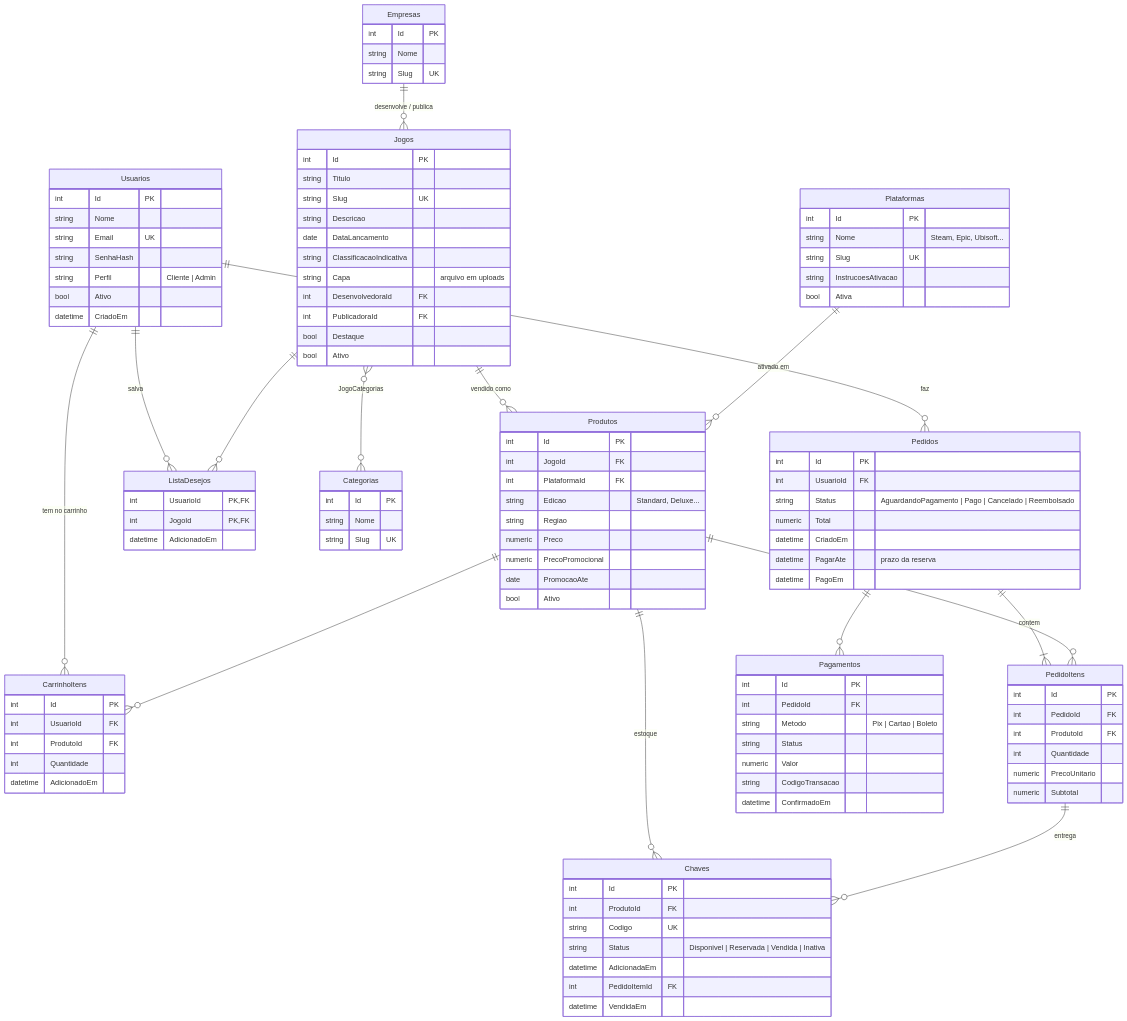
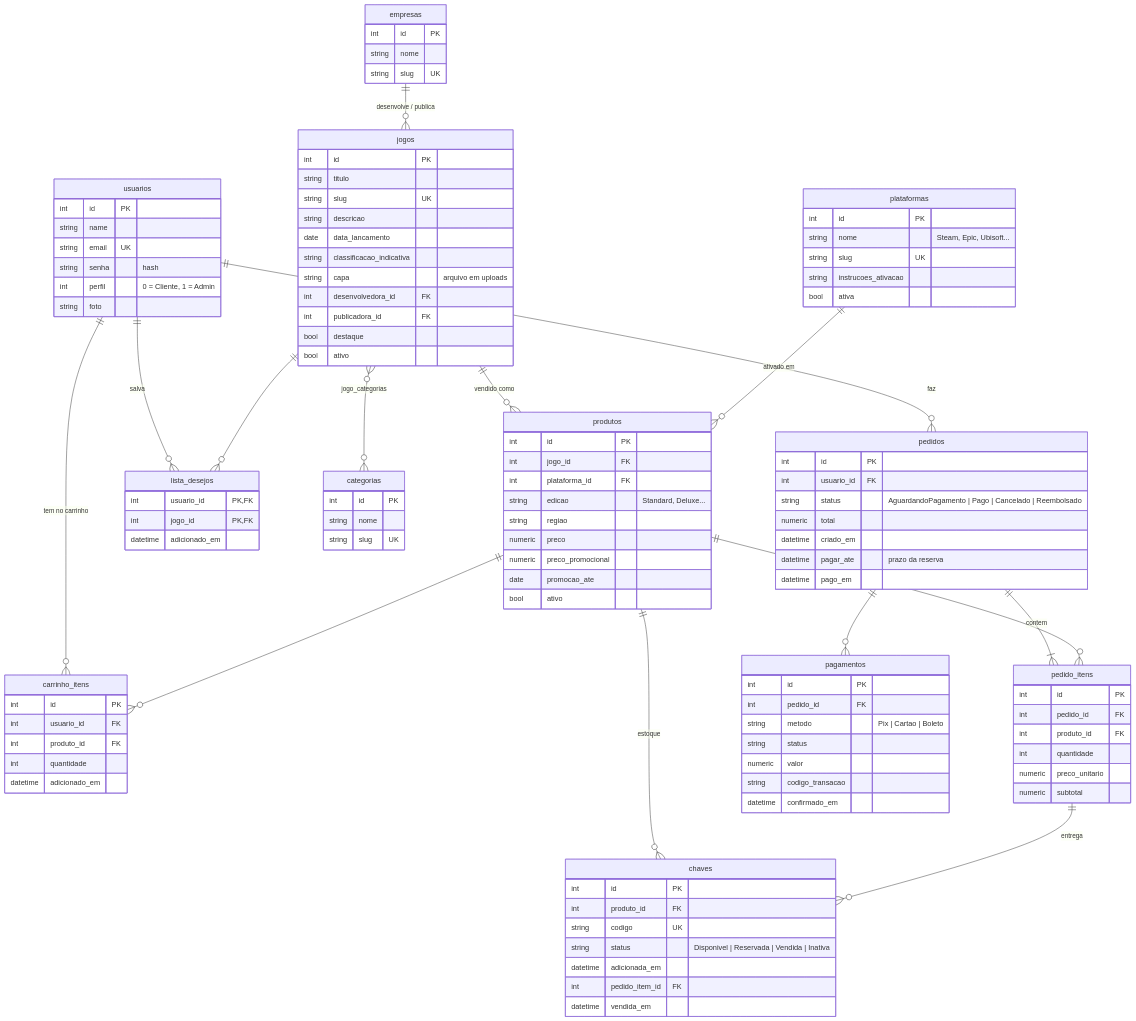
The second of 2 diagrams in docs/modelo-de-dados.md (viniciusdepaula25/clouud), drawn with Mermaid before and after one commit. The commit also changed other lines of this file and 17 other files, not shown here.

````diff
--- a/docs/modelo-de-dados.md
+++ b/docs/modelo-de-dados.md
@@ -66,117 +68,116 @@
 ```mermaid
 erDiagram
-    Usuarios ||--o{ Pedidos : faz
-    Usuarios ||--o{ CarrinhoItens : "tem no carrinho"
-    Usuarios ||--o{ ListaDesejos : salva
+    usuarios ||--o{ pedidos : faz
+    usuarios ||--o{ carrinho_itens : "tem no carrinho"
+    usuarios ||--o{ lista_desejos : salva
 
-    Empresas ||--o{ Jogos : "desenvolve / publica"
-    Jogos }o--o{ Categorias : JogoCategorias
-    Jogos ||--o{ Produtos : "vendido como"
-    Plataformas ||--o{ Produtos : "ativado em"
-    Produtos ||--o{ Chaves : estoque
-    Jogos ||--o{ ListaDesejos : ""
-    Produtos ||--o{ CarrinhoItens : ""
+    empresas ||--o{ jogos : "desenvolve / publica"
+    jogos }o--o{ categorias : jogo_categorias
+    jogos ||--o{ produtos : "vendido como"
+    plataformas ||--o{ produtos : "ativado em"
+    produtos ||--o{ chaves : estoque
+    jogos ||--o{ lista_desejos : ""
+    produtos ||--o{ carrinho_itens : ""
 
-    Pedidos ||--|{ PedidoItens : contem
-    Produtos ||--o{ PedidoItens : ""
-    PedidoItens ||--o{ Chaves : entrega
-    Pedidos ||--o{ Pagamentos : ""
+    pedidos ||--|{ pedido_itens : contem
+    produtos ||--o{ pedido_itens : ""
+    pedido_itens ||--o{ chaves : entrega
+    pedidos ||--o{ pagamentos : ""
 
-    Usuarios {
-        int Id PK
-        string Nome
-        string Email UK
-        string SenhaHash
-        string Perfil "Cliente | Admin"
-        bool Ativo
-        datetime CriadoEm
+    usuarios {
+        int id PK
+        string name
+        string email UK
+        string senha "hash"
+        int perfil "0 = Cliente, 1 = Admin"
+        string foto
     }
-    Plataformas {
-        int Id PK
-        string Nome "Steam, Epic, Ubisoft..."
-        string Slug UK
-        string InstrucoesAtivacao
-        bool Ativa
+    plataformas {
+        int id PK
+        string nome "Steam, Epic, Ubisoft..."
+        string slug UK
+        string instrucoes_ativacao
+        bool ativa
     }
-    Categorias {
-        int Id PK
-        string Nome
-        string Slug UK
+    categorias {
+        int id PK
+        string nome
+        string slug UK
     }
-    Empresas {
-        int Id PK
-        string Nome
-        string Slug UK
+    empresas {
+        int id PK
+        string nome
+        string slug UK
     }
-    Jogos {
-        int Id PK
-        string Titulo
-        string Slug UK
-        string Descricao
-        date DataLancamento
-        string ClassificacaoIndicativa
-        string Capa "arquivo em uploads"
-        int DesenvolvedoraId FK
-        int PublicadoraId FK
-        bool Destaque
-        bool Ativo
+    jogos {
+        int id PK
+        string titulo
+        string slug UK
+        string descricao
+        date data_lancamento
+        string classificacao_indicativa
+        string capa "arquivo em uploads"
+        int desenvolvedora_id FK
+        int publicadora_id FK
+        bool destaque
+        bool ativo
     }
-    Produtos {
-        int Id PK
-        int JogoId FK
-        int PlataformaId FK
-        string Edicao "Standard, Deluxe..."
-        string Regiao
-        numeric Preco
-        numeric PrecoPromocional
-        date PromocaoAte
-        bool Ativo
+    produtos {
+        int id PK
+        int jogo_id FK
+        int plataforma_id FK
+        string edicao "Standard, Deluxe..."
+        string regiao
+        numeric preco
+        numeric preco_promocional
+        date promocao_ate
+        bool ativo
     }
-    Chaves {
-        int Id PK
-        int ProdutoId FK
-        string Codigo UK
-        string Status "Disponivel | Reservada | Vendida | Inativa"
-        datetime AdicionadaEm
-        int PedidoItemId FK
-        datetime VendidaEm
+    chaves {
+        int id PK
+        int produto_id FK
+        string codigo UK
+        string status "Disponivel | Reservada | Vendida | Inativa"
+        datetime adicionada_em
+        int pedido_item_id FK
+        datetime vendida_em
     }
-    CarrinhoItens {
-        int Id PK
-        int UsuarioId FK
-        int ProdutoId FK
-        int Quantidade
-        datetime AdicionadoEm
+    carrinho_itens {
+        int id PK
+        int usuario_id FK
+        int produto_id FK
+        int quantidade
+        datetime adicionado_em
     }
-    ListaDesejos {
-        int UsuarioId PK,FK
-        int JogoId PK,FK
-        datetime AdicionadoEm
+    lista_desejos {
+        int usuario_id PK,FK
+        int jogo_id PK,FK
+        datetime adicionado_em
     }
-    Pedidos {
-        int Id PK
-        int UsuarioId FK
-        string Status "AguardandoPagamento | Pago | Cancelado | Reembolsado"
-        numeric Total
-        datetime CriadoEm
-        datetime PagarAte "prazo da reserva"
-        datetime PagoEm
+    pedidos {
+        int id PK
+        int usuario_id FK
+        string status "AguardandoPagamento | Pago | Cancelado | Reembolsado"
+        numeric total
+        datetime criado_em
+        datetime pagar_ate "prazo da reserva"
+        datetime pago_em
     }
-    PedidoItens {
-        int Id PK
-        int PedidoId FK
-        int ProdutoId FK
-        int Quantidade
-        numeric PrecoUnitario
-        numeric Subtotal
+    pedido_itens {
+        int id PK
+        int pedido_id FK
+        int produto_id FK
+        int quantidade
+        numeric preco_unitario
+        numeric subtotal
     }
-    Pagamentos {
-        int Id PK
-        int PedidoId FK
-        string Metodo "Pix | Cartao | Boleto"
-        string Status
-        numeric Valor
-        string CodigoTransacao
-        datetime ConfirmadoEm
+    pagamentos {
+        int id PK
+        int pedido_id FK
+        string metodo "Pix | Cartao | Boleto"
+        string status
+        numeric valor
+        string codigo_transacao
+        datetime confirmado_em
     }
 ```
````
